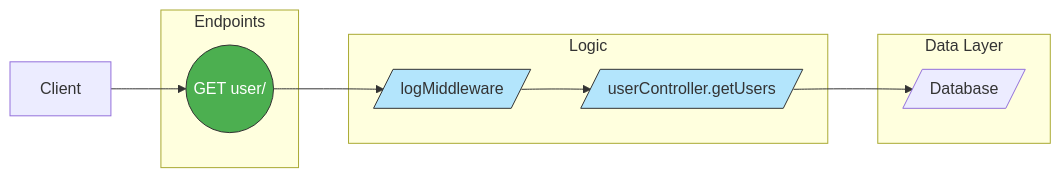
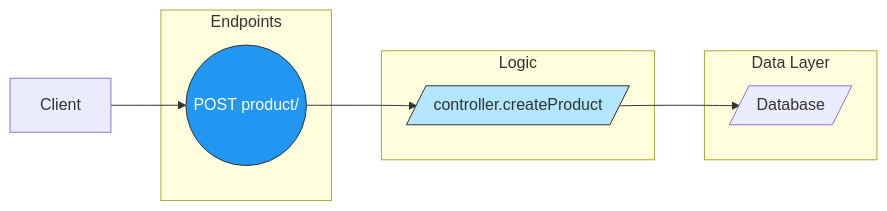
Before and after one commit to ylu211/Documentation-POC: the second of 2 diagrams in docs/docs/architecture.md, drawn with Mermaid. The commit also changed other lines of this file and 31 other files, not shown here.

````diff
--- a/docs/docs/architecture.md
+++ b/docs/docs/architecture.md
@@ -112,32 +42,30 @@
 ```mermaid
 graph LR
 
 classDef GET fill:#4caf50,stroke:#333,stroke-width:1px,color:#fff,rx:10,ry:10;
 classDef POST fill:#2196f3,stroke:#333,stroke-width:1px,color:#fff,rx:10,ry:10;
 classDef PUT fill:#ff9800,stroke:#333,stroke-width:1px,color:#fff,rx:10,ry:10;
 classDef DELETE fill:#f44346,stroke:#333,stroke-width:1px,color:#fff,rx:10,ry:10;
 classDef LAYER fill:#b3e5fc,stroke:#333,stroke-width:1px,color:#333;
 
 
 subgraph Endpoints
-  GET_user_476(("GET user/"))
+  POST_product_758(("POST product/"))
 end
 
 subgraph Logic
-  Middleware_logMiddleware_0[/logMiddleware/]
-  Controller_userController.getUsers_1[/userController.getUsers/]
+  Controller_controller.createProduct_0[/controller.createProduct/]
 end
 
 subgraph Data Layer
-  database_user[/Database/]
+  database_product[/Database/]
 end
 
-  Client --> GET_user_476
-  GET_user_476 --> Middleware_logMiddleware_0
-  Middleware_logMiddleware_0 --> Controller_userController.getUsers_1
-  Controller_userController.getUsers_1 --> database_user
+  Client --> POST_product_758
+  POST_product_758 --> Controller_controller.createProduct_0
+  Controller_controller.createProduct_0 --> database_product
 
-  class GET_user_476 GET;
-  class Middleware_logMiddleware_0,Controller_userController.getUsers_1 LAYER;
+  class POST_product_758 POST;
+  class Controller_controller.createProduct_0 LAYER;
 
 ```
````
